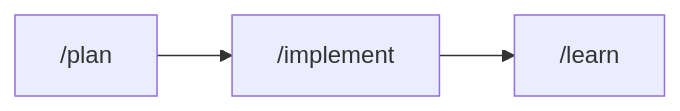
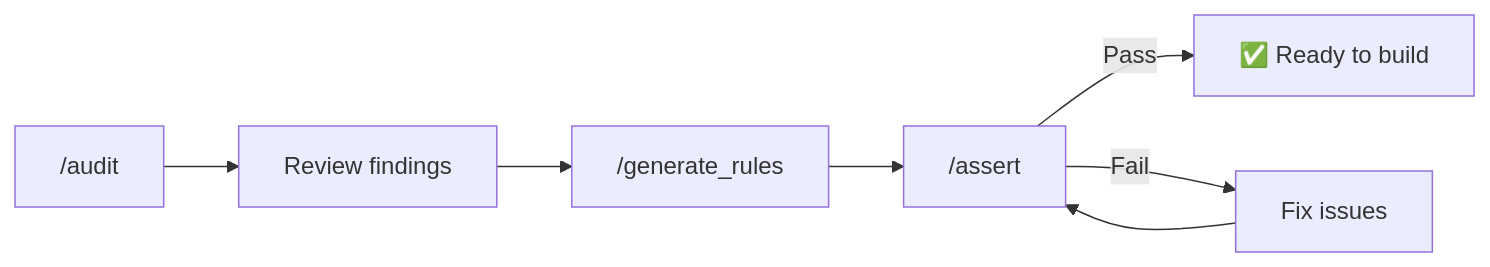
The second of 8 diagrams in aidd_docs/README.md (igounton/framework), drawn with Mermaid before and after one commit. The commit also changed other lines of this file and 7 other files, not shown here.

Commit message:
feat: enhance documentation for challenge skill and add mermaid generation rules

````diff
--- a/aidd_docs/README.md
+++ b/aidd_docs/README.md
@@ -122,4 +162,8 @@
 ```mermaid
 graph LR
-    P["/plan"] --> I["/implement"] --> C["/learn"]
+    A["/audit"] --> R["Review findings"]
+    R --> G["/generate_rules"]
+    G --> V["/assert"]
+    V -->|Pass| Ready["✅ Ready to build"]
+    V -->|Fail| Fix["Fix issues"] --> V
 ```
````
